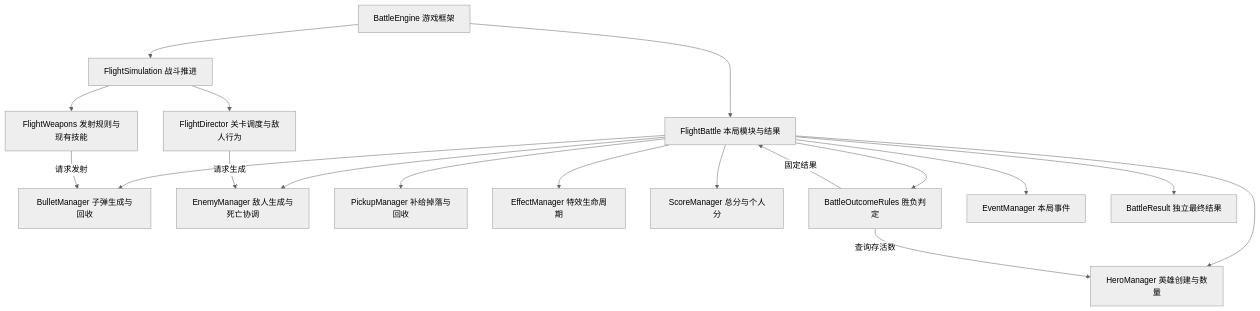
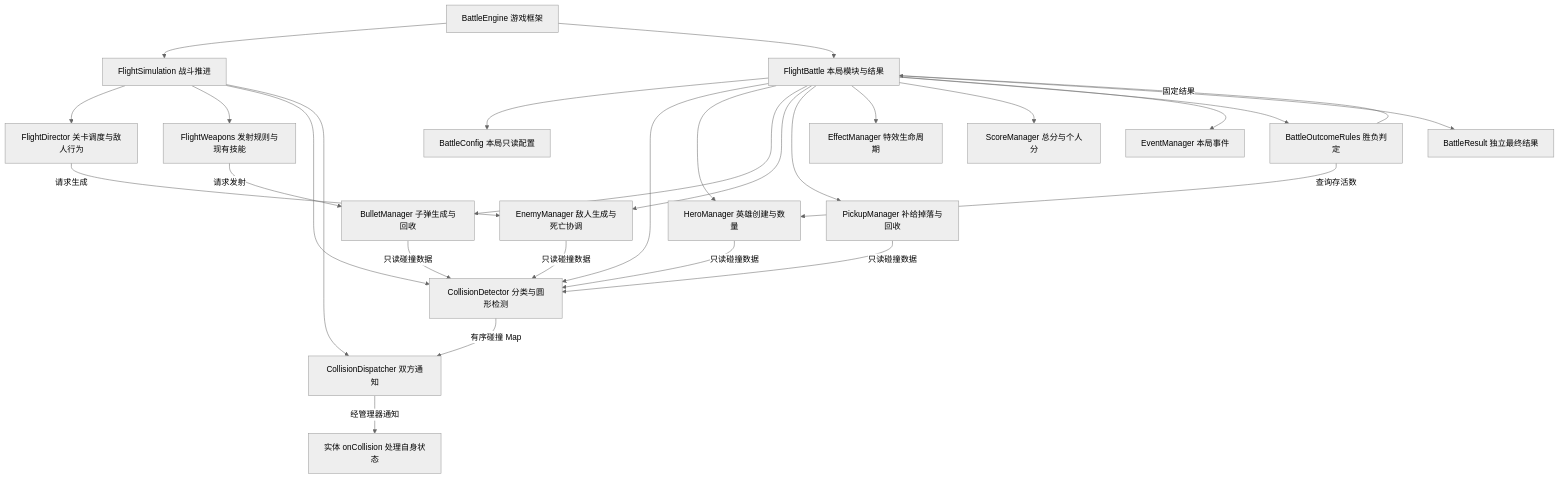
The second of 7 diagrams in docs/flight-battle-architecture.md (dogandlamb/plane-wars), drawn with Mermaid (neutral theme) before and after one commit. The commit also changed other lines of this file and 39 other files, not shown here.

````diff
--- a/docs/flight-battle-architecture.md
+++ b/docs/flight-battle-architecture.md
@@ -7,20 +32,30 @@
 ```mermaid
 flowchart TD
     Engine[BattleEngine 游戏框架] --> Sim[FlightSimulation 战斗推进]
     Engine --> Battle[FlightBattle 本局模块与结果]
     Sim --> Director[FlightDirector 关卡调度与敌人行为]
     Sim --> Weapons[FlightWeapons 发射规则与现有技能]
+    Sim --> Detector[CollisionDetector 分类与圆形检测]
+    Sim --> Dispatcher[CollisionDispatcher 双方通知]
+    Battle --> Config[BattleConfig 本局只读配置]
+    Battle --> Detector
     Battle --> Heroes[HeroManager 英雄创建与数量]
     Battle --> Bullets[BulletManager 子弹生成与回收]
     Battle --> Enemies[EnemyManager 敌人生成与死亡协调]
     Battle --> Pickups[PickupManager 补给掉落与回收]
     Battle --> Effects[EffectManager 特效生命周期]
     Battle --> Scores[ScoreManager 总分与个人分]
     Battle --> Rules[BattleOutcomeRules 胜负判定]
     Battle --> Events[EventManager 本局事件]
     Director -->|请求生成| Enemies
     Weapons -->|请求发射| Bullets
+    Heroes -->|只读碰撞数据| Detector
+    Enemies -->|只读碰撞数据| Detector
+    Bullets -->|只读碰撞数据| Detector
+    Pickups -->|只读碰撞数据| Detector
+    Detector -->|有序碰撞 Map| Dispatcher
+    Dispatcher -->|经管理器通知| Receivers[实体 onCollision 处理自身状态]
     Rules -->|查询存活数| Heroes
     Rules -->|固定结果| Battle
     Battle --> Result[BattleResult 独立最终结果]
 ```
````
